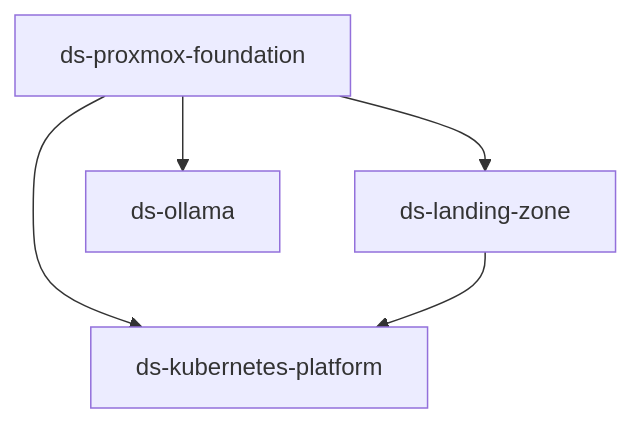
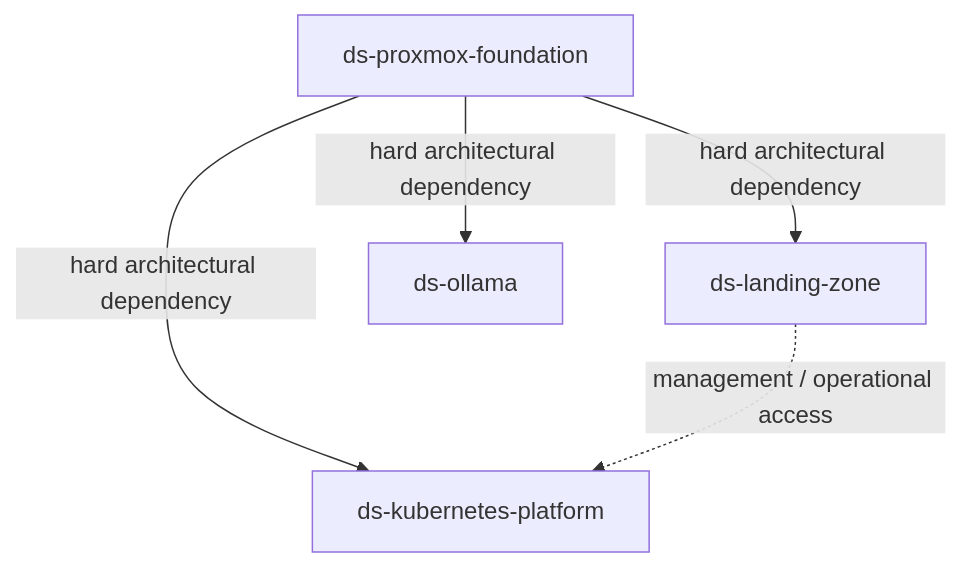
Before and after one commit to kriscox/OpenTofu-Proxmox: the diagram in deployment-scopes/README.md, drawn with Mermaid. The commit also changed other lines of this file, not shown here.

Commit message:
Clarify scope dependency types

````diff
--- a/deployment-scopes/README.md
+++ b/deployment-scopes/README.md
@@ -18,12 +18,12 @@
 ```mermaid
 flowchart TD
     PF[ds-proxmox-foundation]
     LZ[ds-landing-zone]
     K8S[ds-kubernetes-platform]
     OL[ds-ollama]
 
-    PF --> LZ
-    PF --> K8S
-    LZ --> K8S
-    PF --> OL
+    PF -->|hard architectural dependency| LZ
+    PF -->|hard architectural dependency| K8S
+    LZ -.->|management / operational access| K8S
+    PF -->|hard architectural dependency| OL
 ```
````
